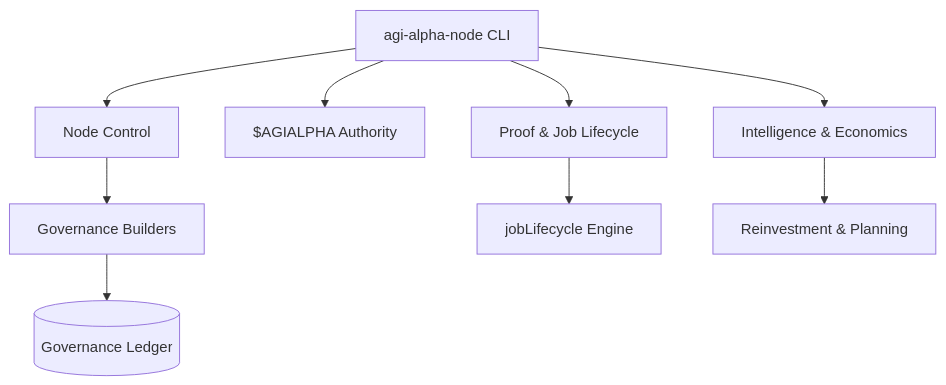
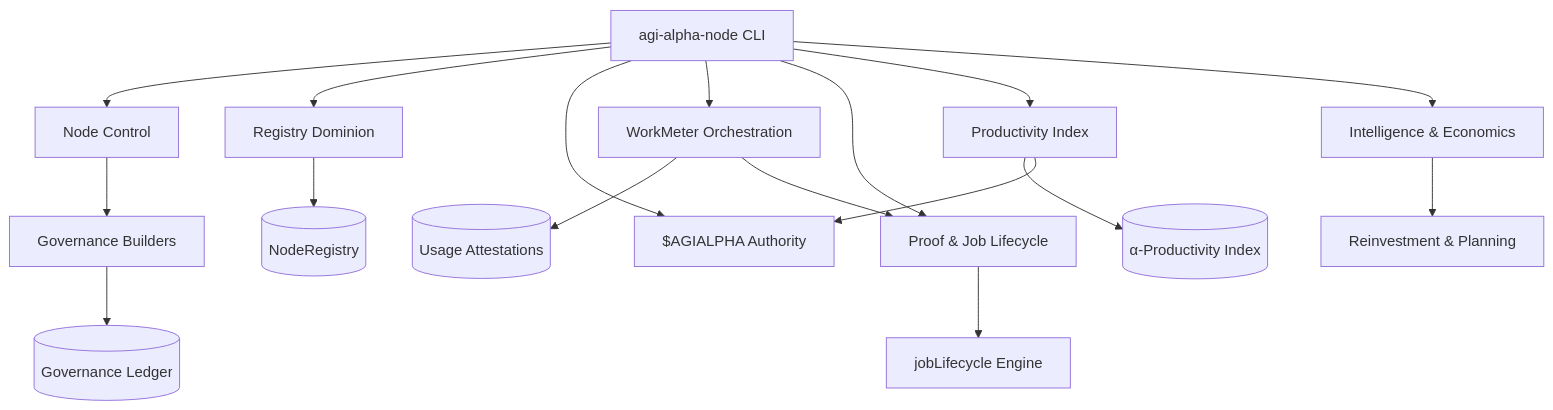
Before and after one commit to MontrealAI/AGI-Alpha-Node-v0: the first of 5 diagrams in README.md, drawn with Mermaid. The commit also changed other lines of this file and 4 other files, not shown here.

Commit message:
Add owner controls for registry, work meter, and productivity index

````diff
--- a/README.md
+++ b/README.md
@@ -138,11 +141,19 @@
 ```mermaid
 flowchart TB
   CLI[agi-alpha-node CLI] --> NodeOps[Node Control]
+  CLI --> RegistryOps[Registry Dominion]
   CLI --> TokenOps[$AGIALPHA Authority]
+  CLI --> MeterOps[WorkMeter Orchestration]
   CLI --> JobsOps[Proof & Job Lifecycle]
+  CLI --> ProductivityOps[Productivity Index]
   CLI --> IntelOps[Intelligence & Economics]
   NodeOps --> Governance[Governance Builders]
+  RegistryOps --> NodeRegistry[(NodeRegistry)]
+  MeterOps --> UsageLedger[(Usage Attestations)]
+  ProductivityOps --> ProductivityLedger[(α-Productivity Index)]
   Governance --> Ledger[(Governance Ledger)]
   JobsOps --> Lifecycle[jobLifecycle Engine]
+  MeterOps --> JobsOps
+  ProductivityOps --> TokenOps
   IntelOps --> Rewards[Reinvestment & Planning]
 ```
````
